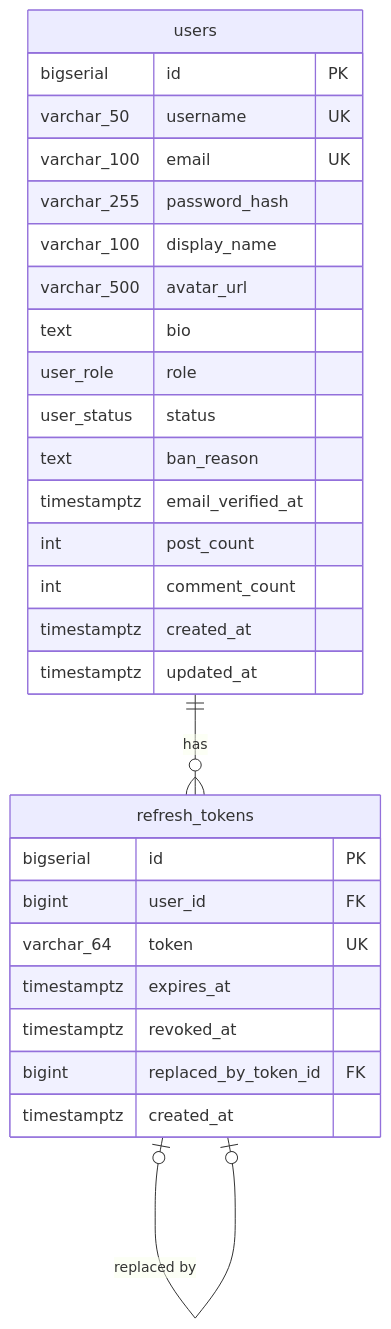
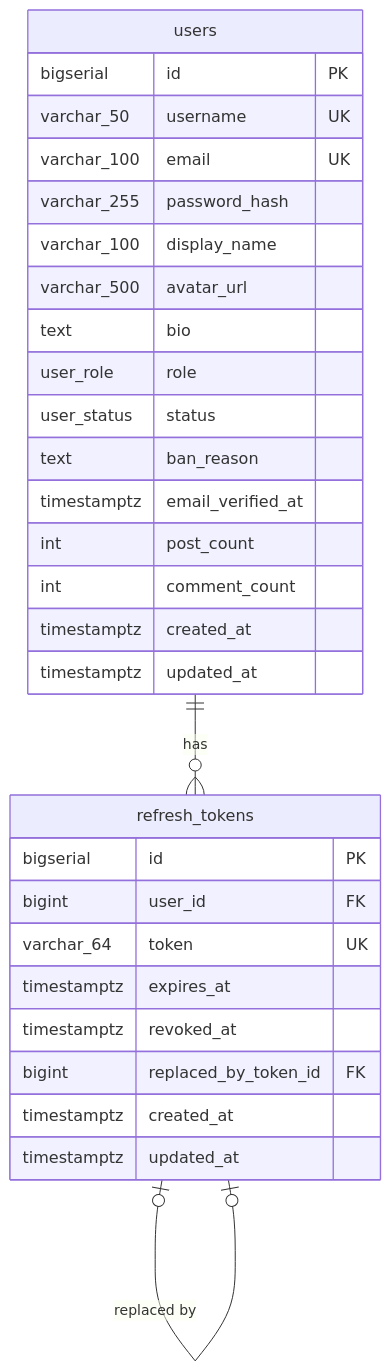
Before and after one commit to Project-Wdrozeniowy/Project-Wdrozeniowy: the diagram in docs/db-schema-auth.mmd, drawn with Mermaid. The commit also changed 13 other files, not shown here.

```diff
--- a/docs/db-schema-auth.mmd
+++ b/docs/db-schema-auth.mmd
@@ -1,31 +1,32 @@
 erDiagram
     users {
         bigserial id PK
         varchar_50 username UK
         varchar_100 email UK
         varchar_255 password_hash
         varchar_100 display_name
         varchar_500 avatar_url
         text bio
         user_role role
         user_status status
         text ban_reason
         timestamptz email_verified_at
         int post_count
         int comment_count
         timestamptz created_at
         timestamptz updated_at
     }
 
     refresh_tokens {
         bigserial id PK
         bigint user_id FK
         varchar_64 token UK
         timestamptz expires_at
         timestamptz revoked_at
         bigint replaced_by_token_id FK
         timestamptz created_at
+        timestamptz updated_at
     }
 
     users ||--o{ refresh_tokens : "has"
     refresh_tokens o|--o| refresh_tokens : "replaced by"
```
